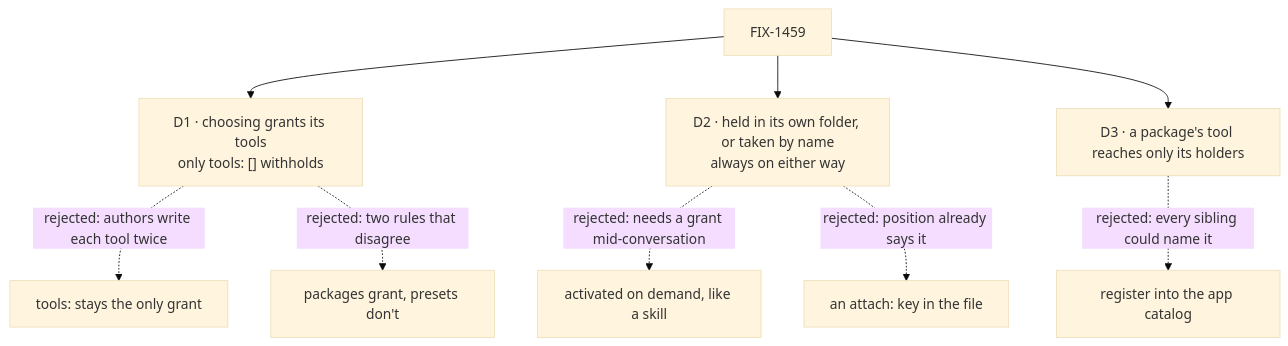
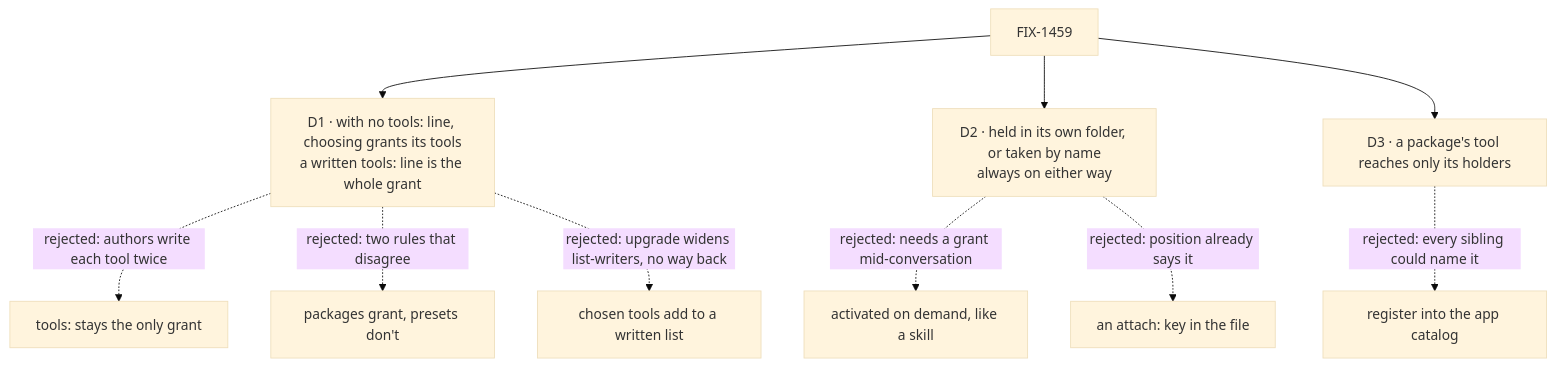
The diagram in specs/issues/FIX-1459/DECISIONS.md (fixpoint-labs/flow-state-dev), drawn with Mermaid (base theme) before and after one commit. The commit also changed other lines of this file and 6 other files, not shown here.

````diff
--- a/specs/issues/FIX-1459/DECISIONS.md
+++ b/specs/issues/FIX-1459/DECISIONS.md
@@ -12,11 +12,12 @@
 ```mermaid
 flowchart TD
-  I["FIX-1459"] --> D1["D1 · choosing grants its tools<br/>only tools: [] withholds"]
+  I["FIX-1459"] --> D1["D1 · with no tools: line, choosing grants its tools<br/>a written tools: line is the whole grant"]
   D1 -.->|"rejected: authors write each tool twice"| X1["tools: stays the only grant"]
   D1 -.->|"rejected: two rules that disagree"| X1b["packages grant, presets don't"]
+  D1 -.->|"rejected: upgrade widens list-writers, no way back"| X1c["chosen tools add to a written list"]
   I --> D2["D2 · held in its own folder, or taken by name<br/>always on either way"]
   D2 -.->|"rejected: needs a grant mid-conversation"| X2["activated on demand, like a skill"]
   D2 -.->|"rejected: position already says it"| X2b["an attach: key in the file"]
   I --> D3["D3 · a package's tool reaches only its holders"]
   D3 -.->|"rejected: every sibling could name it"| X3["register into the app catalog"]
 ```
````
